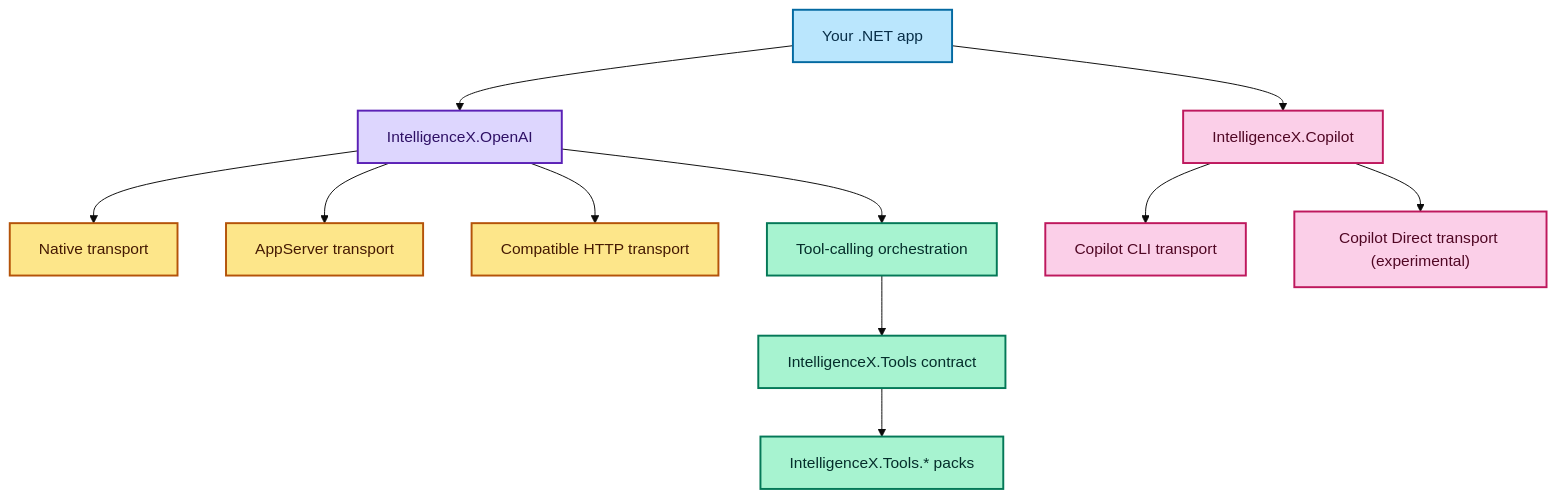
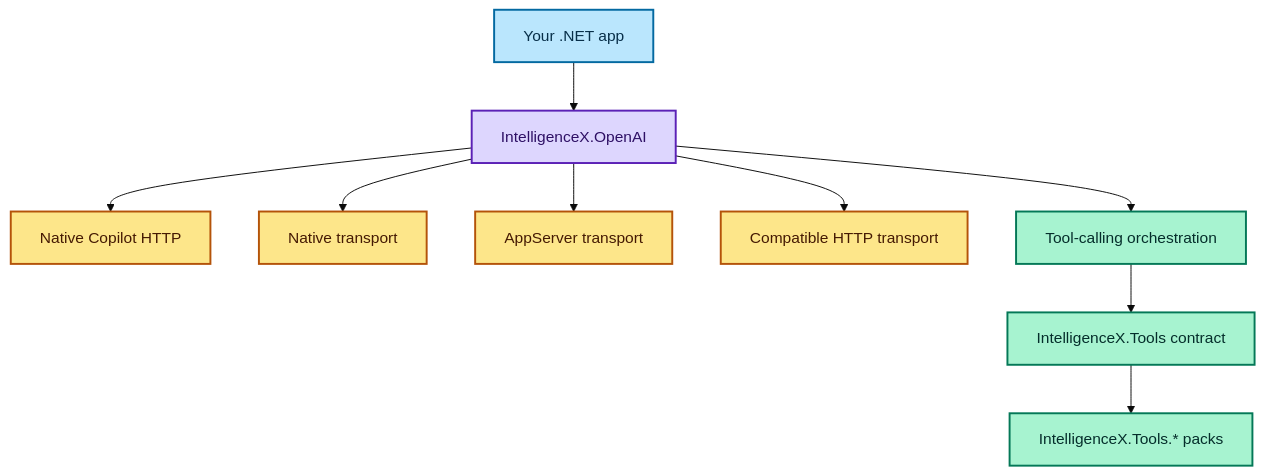
The diagram in Docs/library/overview.md (EvotecIT/IntelligenceX), drawn with Mermaid (base theme) before and after one commit. The commit also changed other lines of this file and 181 other files, not shown here.

First line of the commit message:
Add native Copilot and bounded document treatment to the shared SDK (#1408)

````diff
--- a/Docs/library/overview.md
+++ b/Docs/library/overview.md
@@ -17,25 +17,25 @@
 ```mermaid
 flowchart TD
   classDef app fill:#BAE6FD,stroke:#0369A1,color:#082F49,stroke-width:2px;
   classDef core fill:#DDD6FE,stroke:#5B21B6,color:#2E1065,stroke-width:2px;
   classDef provider fill:#FDE68A,stroke:#B45309,color:#451A03,stroke-width:2px;
   classDef tools fill:#A7F3D0,stroke:#047857,color:#052E2B,stroke-width:2px;
   classDef optional fill:#FBCFE8,stroke:#BE185D,color:#500724,stroke-width:2px;
 
   APP["Your .NET app"] --> CORE["IntelligenceX.OpenAI"]
-  APP --> COPI["IntelligenceX.Copilot"]
+  CORE --> COPI["Native Copilot HTTP"]
   CORE --> NATIVE["Native transport"]
   CORE --> APPSERVER["AppServer transport"]
   CORE --> HTTP["Compatible HTTP transport"]
   CORE --> TOOLCALL["Tool-calling orchestration"]
   TOOLCALL --> TOOLS["IntelligenceX.Tools contract"]
   TOOLS --> PACKS["IntelligenceX.Tools.* packs"]
-  COPI --> COPCLI["Copilot CLI transport"]
-  COPI --> COPDIR["Copilot Direct transport (experimental)"]
+
+
 
   class APP app;
   class CORE core;
   class NATIVE,APPSERVER,HTTP provider;
   class TOOLCALL,TOOLS,PACKS tools;
-  class COPI,COPCLI,COPDIR optional;
+  class COPI provider;
 ```
````
